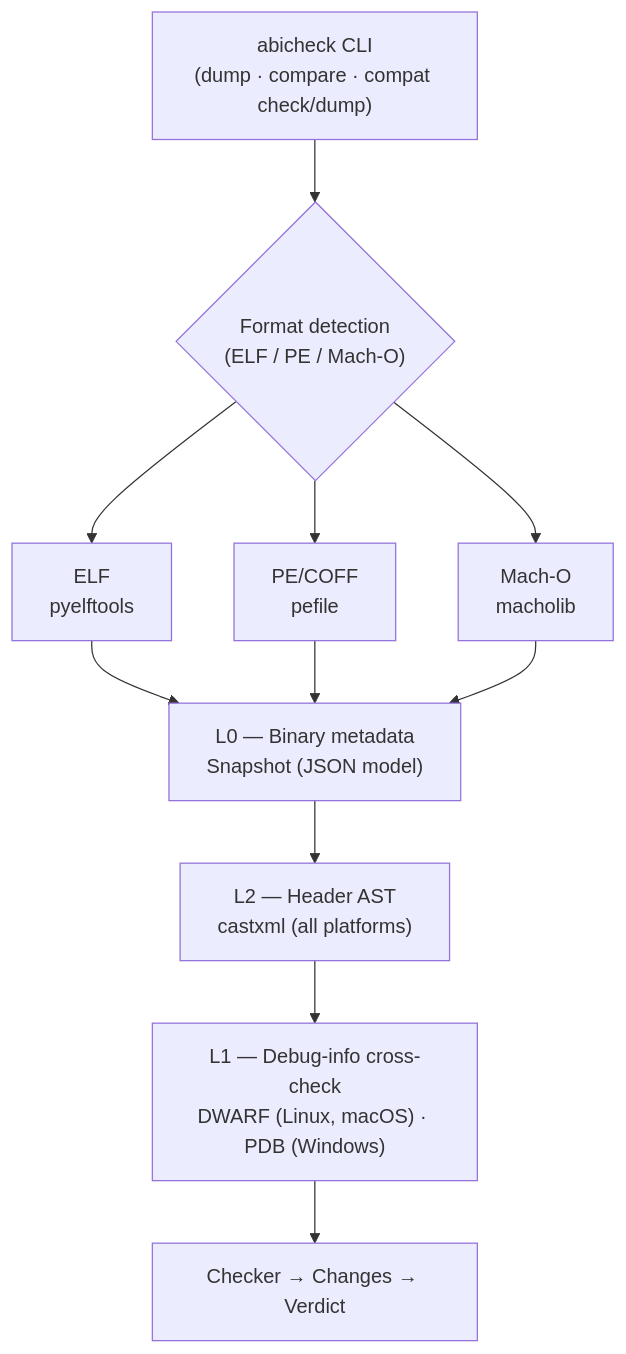
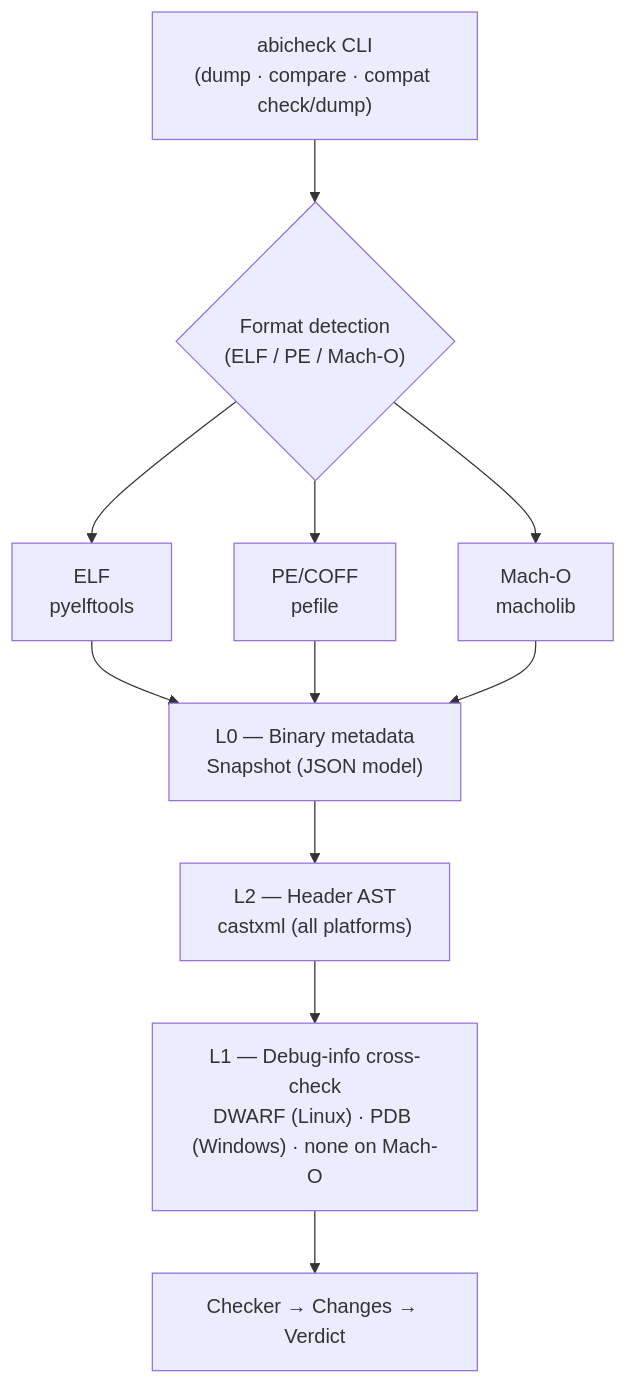
Before and after one commit to abicheck/abicheck: the diagram in docs/learn/architecture.md, drawn with Mermaid. The commit also changed other lines of this file and 10 other files, not shown here.

First line of the commit message:
docs: fix Mach-O/DWARF, no-headers, auto-frontend, and config-plan claims

````diff
--- a/docs/learn/architecture.md
+++ b/docs/learn/architecture.md
@@ -43,23 +43,23 @@
 ```mermaid
 flowchart TD
     CLI["abicheck CLI<br/>(dump · compare · compat check/dump)"]
     FMT{"Format detection<br/>(ELF / PE / Mach-O)"}
     ELF["ELF<br/>pyelftools"]
     PE["PE/COFF<br/>pefile"]
     MACHO["Mach-O<br/>macholib"]
     SNAP["L0 — Binary metadata<br/>Snapshot (JSON model)"]
     AST["L2 — Header AST<br/>castxml (all platforms)"]
-    DBG["L1 — Debug-info cross-check<br/>DWARF (Linux, macOS) · PDB (Windows)"]
+    DBG["L1 — Debug-info cross-check<br/>DWARF (Linux) · PDB (Windows) · none on Mach-O"]
     CHK["Checker → Changes → Verdict"]
 
     CLI --> FMT
     FMT --> ELF
     FMT --> PE
     FMT --> MACHO
     ELF --> SNAP
     PE --> SNAP
     MACHO --> SNAP
     SNAP --> AST
     AST --> DBG
     DBG --> CHK
 ```
````
